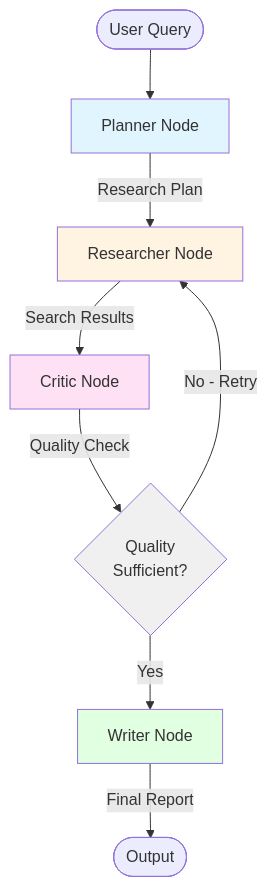
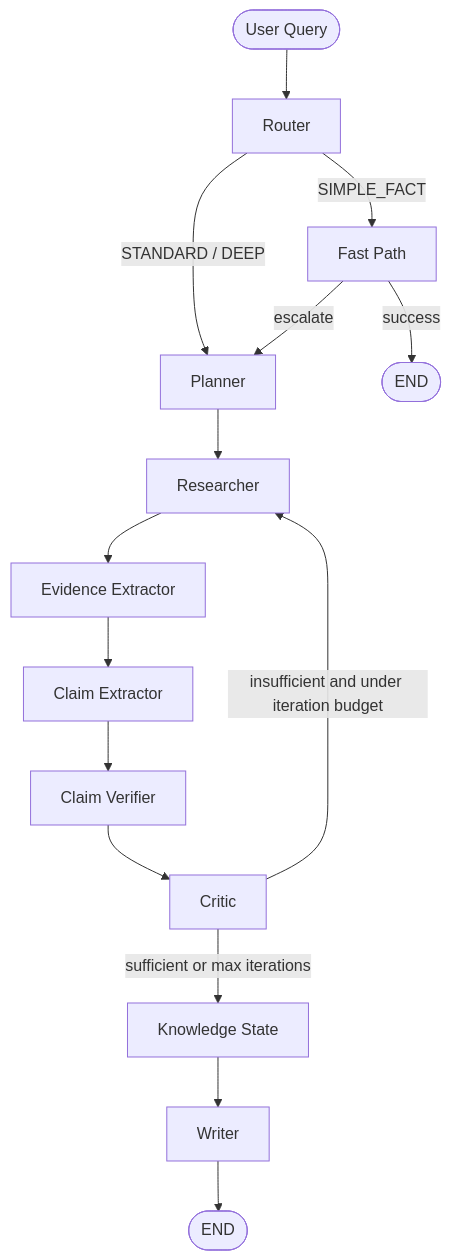
The second of 2 diagrams in docs/architecture.md (CodyGol/ResearchAgent), drawn with Mermaid before and after one commit. The commit also changed other lines of this file and 5 other files, not shown here.

````diff
--- a/docs/architecture.md
+++ b/docs/architecture.md
@@ -67,16 +35,21 @@
 ```mermaid
-graph TD
-    Start([User Query]) --> Planner[Planner Node]
-    Planner --> |Research Plan| Researcher[Researcher Node]
-    Researcher --> |Search Results| Critic[Critic Node]
-    Critic --> |Quality Check| Decision{Quality<br/>Sufficient?}
-    Decision -->|No - Retry| Researcher
-    Decision -->|Yes| Writer[Writer Node]
-    Writer --> |Final Report| End([Output])
-    
-    style Planner fill:#e1f5ff
-    style Researcher fill:#fff4e1
-    style Critic fill:#ffe1f5
-    style Writer fill:#e1ffe1
-    style Decision fill:#f0f0f0
+flowchart TD
+    START([User Query]) --> ROUTER[Router]
+
+    ROUTER -->|SIMPLE_FACT| FAST[Fast Path]
+    ROUTER -->|STANDARD / DEEP| PLANNER[Planner]
+
+    FAST -->|success| END1([END])
+    FAST -->|escalate| PLANNER
+
+    PLANNER --> RESEARCHER[Researcher]
+    RESEARCHER --> EVIDENCE[Evidence Extractor]
+    EVIDENCE --> CLAIMS[Claim Extractor]
+    CLAIMS --> VERIFIER[Claim Verifier]
+    VERIFIER --> CRITIC[Critic]
+
+    CRITIC -->|insufficient and under iteration budget| RESEARCHER
+    CRITIC -->|sufficient or max iterations| KS[Knowledge State]
+    KS --> WRITER[Writer]
+    WRITER --> END2([END])
 ```
````
